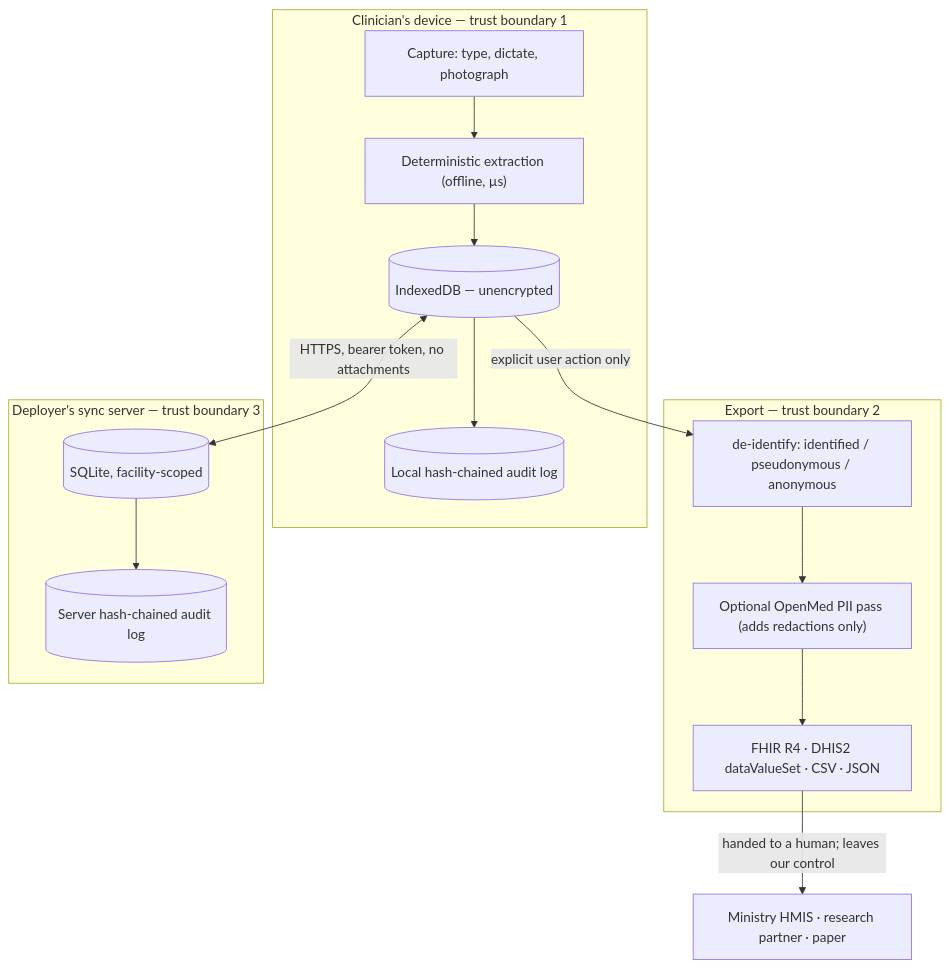
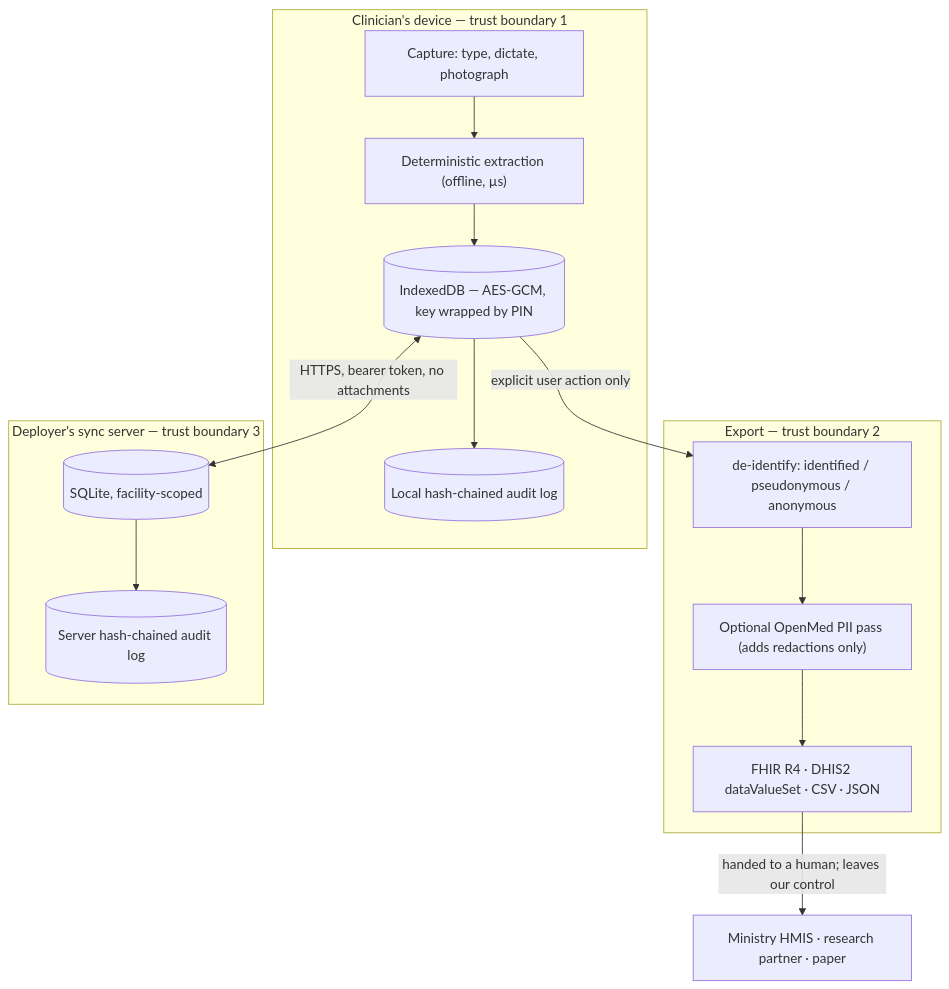
The diagram in docs/COMPLIANCE.md (SyedMohammedSameer/AfyaCore), drawn with Mermaid before and after one commit. The commit also changed other lines of this file and 26 other files, not shown here.

````diff
--- a/docs/COMPLIANCE.md
+++ b/docs/COMPLIANCE.md
@@ -102,28 +127,28 @@
 ```mermaid
 flowchart TB
   subgraph device["Clinician's device — trust boundary 1"]
     cap["Capture: type, dictate, photograph"]
     ext["Deterministic extraction (offline, µs)"]
-    idb[("IndexedDB — unencrypted")]
+    idb[("IndexedDB — AES-GCM, key wrapped by PIN")]
     aud[("Local hash-chained audit log")]
     cap --> ext --> idb
     idb --> aud
   end
 
   subgraph exp["Export — trust boundary 2"]
     deid["de-identify: identified / pseudonymous / anonymous"]
     ner["Optional OpenMed PII pass (adds redactions only)"]
     out["FHIR R4 · DHIS2 dataValueSet · CSV · JSON"]
     deid --> ner --> out
   end
 
   subgraph server["Deployer's sync server — trust boundary 3"]
     sql[("SQLite, facility-scoped")]
     saud[("Server hash-chained audit log")]
   end
 
   idb -->|"explicit user action only"| deid
   idb <-->|"HTTPS, bearer token, no attachments"| sql
   sql --> saud
   out -->|"handed to a human; leaves our control"| ext2["Ministry HMIS · research partner · paper"]
 ```
````
